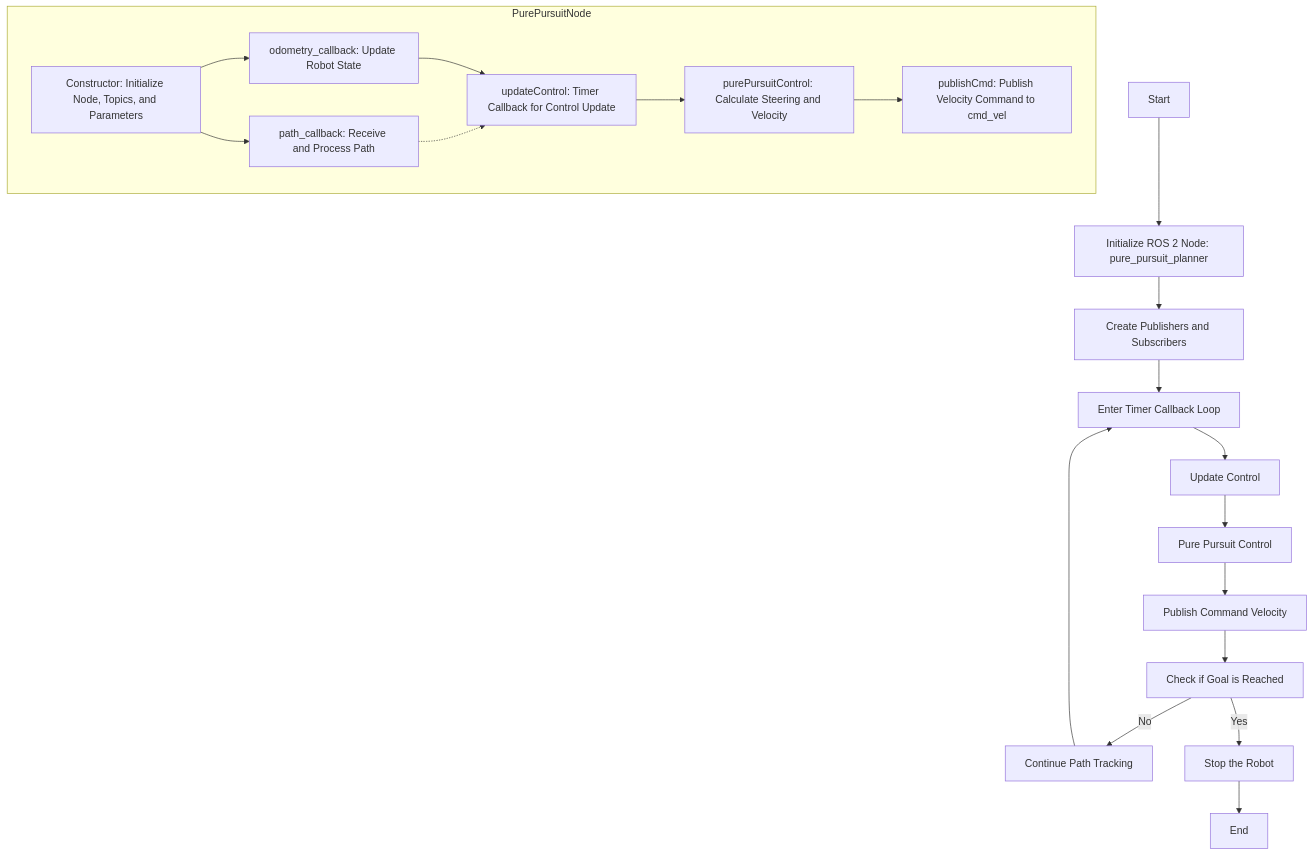
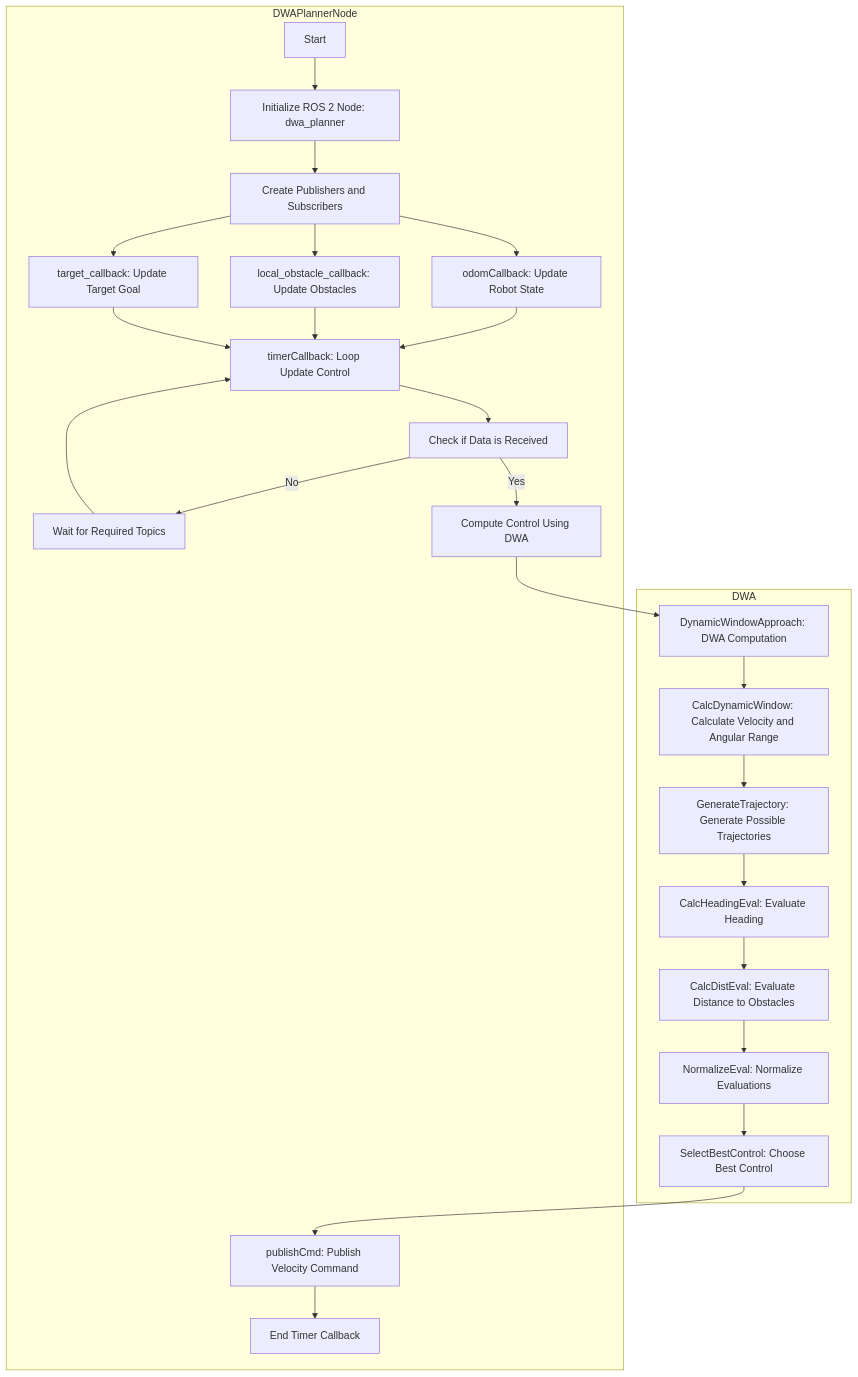
The second of 2 diagrams in README.md (Arcanain/dwa_planner), drawn with Mermaid before and after one commit. The commit also changed other lines of this file, not shown here.

````diff
--- a/README.md
+++ b/README.md
@@ -127,31 +127,43 @@
 ```mermaid
 flowchart TD
-    A[Start] --> B[Initialize ROS 2 Node: pure_pursuit_planner]
-    B --> C[Create Publishers and Subscribers]
-    C --> D[Enter Timer Callback Loop]
-    D --> E[Update Control]
-    E --> F[Pure Pursuit Control]
-    F --> G[Publish Command Velocity]
-    G --> H[Check if Goal is Reached]
-    H -->|No| I[Continue Path Tracking]
-    H -->|Yes| J[Stop the Robot]
-    I --> D
-    J --> K[End]
-
-    subgraph PurePursuitNode
-        L[Constructor: Initialize Node, Topics, and Parameters]
-        M[odometry_callback: Update Robot State]
-        N[path_callback: Receive and Process Path]
-        O[updateControl: Timer Callback for Control Update]
-        P[purePursuitControl: Calculate Steering and Velocity]
-        Q[publishCmd: Publish Velocity Command to cmd_vel]
+    subgraph DWAPlannerNode
+        A[Start] --> B[Initialize ROS 2 Node: dwa_planner]
+        B --> C[Create Publishers and Subscribers]
+        K[odomCallback: Update Robot State]
+        L[local_obstacle_callback: Update Obstacles]
+        M[target_callback: Update Target Goal]
+        N[timerCallback: Loop Update Control]
+        N --> E[Check if Data is Received]
+        E -->|No| F[Wait for Required Topics]
+        E -->|Yes| G[Compute Control Using DWA]
+        V[publishCmd: Publish Velocity Command]
+        I[End Timer Callback]
+        F --> N
     end
 
-    L --> M
+    subgraph DWA
+        O[DynamicWindowApproach: DWA Computation]
+        P[CalcDynamicWindow: Calculate Velocity and Angular Range]
+        Q[GenerateTrajectory: Generate Possible Trajectories]
+        R[CalcHeadingEval: Evaluate Heading]
+        S[CalcDistEval: Evaluate Distance to Obstacles]
+        T[NormalizeEval: Normalize Evaluations]
+        U[SelectBestControl: Choose Best Control]
+    end
+
+    C --> K
+    C --> L
+    C --> M
+    K --> N
     L --> N
-    M --> O
-    N -.-> O
+    M --> N
+    G --> O
     O --> P
     P --> Q
-
+    Q --> R
+    R --> S
+    S --> T
+    T --> U
+    U --> V
+    V --> I
 ```
````
